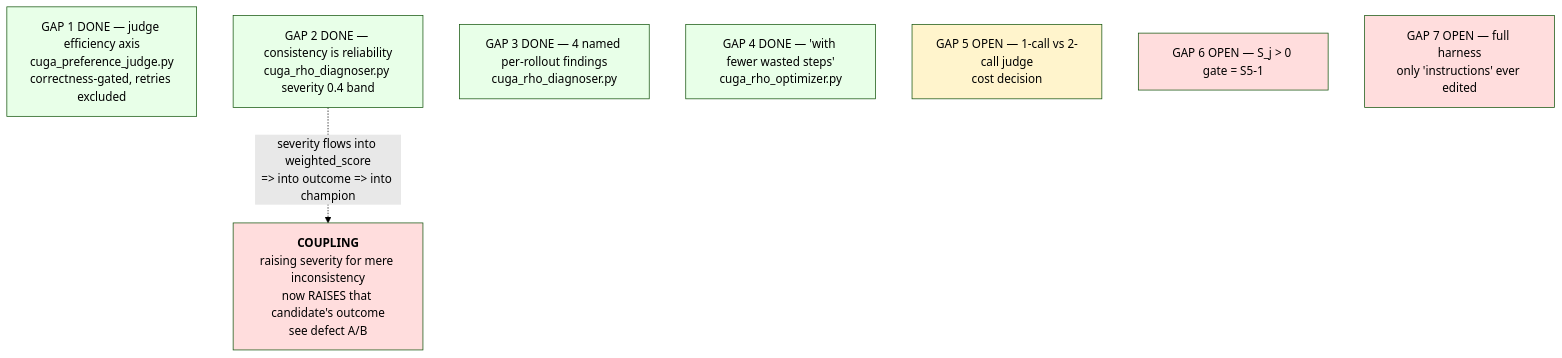
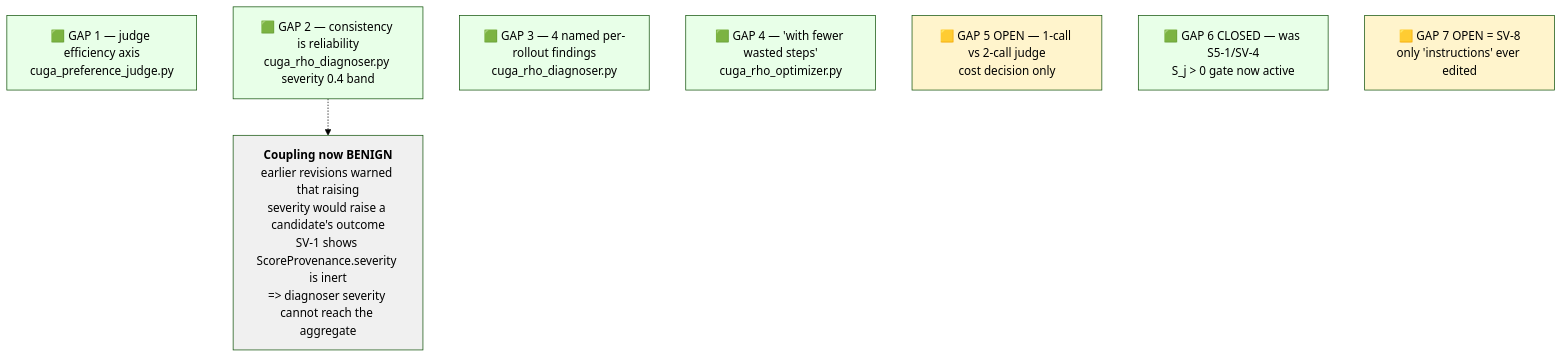
One commit to one-little-step/AgentEvolve changed the eighth of 10 diagrams in docs/architecture/IMPLEMENTED-PIPELINE-MAP.md. Above: the diagram before and after it, drawn with Mermaid (forest theme). The commit also changed other lines of this file and 29 other files, not shown here.

````diff
--- a/docs/architecture/IMPLEMENTED-PIPELINE-MAP.md
+++ b/docs/architecture/IMPLEMENTED-PIPELINE-MAP.md
@@ -281,21 +368,21 @@
 ```mermaid
 flowchart TB
-    G1["GAP 1 DONE — judge efficiency axis<br/>cuga_preference_judge.py<br/>correctness-gated, retries excluded"]
-    G2["GAP 2 DONE — consistency is reliability<br/>cuga_rho_diagnoser.py severity 0.4 band"]
-    G3["GAP 3 DONE — 4 named per-rollout findings<br/>cuga_rho_diagnoser.py"]
-    G4["GAP 4 DONE — 'with fewer wasted steps'<br/>cuga_rho_optimizer.py"]
-    G5["GAP 5 OPEN — 1-call vs 2-call judge<br/>cost decision"]
-    G6["GAP 6 OPEN — S_j > 0 gate = S5-1"]
-    G7["GAP 7 OPEN — full harness<br/>only 'instructions' ever edited"]
+    G1["🟩 GAP 1 — judge efficiency axis<br/>cuga_preference_judge.py"]
+    G2["🟩 GAP 2 — consistency is reliability<br/>cuga_rho_diagnoser.py severity 0.4 band"]
+    G3["🟩 GAP 3 — 4 named per-rollout findings<br/>cuga_rho_diagnoser.py"]
+    G4["🟩 GAP 4 — 'with fewer wasted steps'<br/>cuga_rho_optimizer.py"]
+    G5["🟨 GAP 5 OPEN — 1-call vs 2-call judge<br/>cost decision only"]
+    G6["🟩 GAP 6 CLOSED — was S5-1/SV-4<br/>S_j > 0 gate now active"]
+    G7["🟨 GAP 7 OPEN = SV-8<br/>only 'instructions' ever edited"]
 
-    G2 -.->|"severity flows into weighted_score<br/>=> into outcome => into champion"| WARN["<b>COUPLING</b><br/>raising severity for mere inconsistency<br/>now RAISES that candidate's outcome<br/>see defect A/B"]
+    G2 -.-> NOTE["<b>Coupling now BENIGN</b><br/>earlier revisions warned that raising<br/>severity would raise a candidate's outcome<br/>SV-1 shows ScoreProvenance.severity is inert<br/>=> diagnoser severity cannot reach the aggregate"]
 
     style G1 fill:#e8ffe8
     style G2 fill:#e8ffe8
     style G3 fill:#e8ffe8
     style G4 fill:#e8ffe8
+    style G6 fill:#e8ffe8
     style G5 fill:#fff4cc
-    style G6 fill:#ffdddd
-    style G7 fill:#ffdddd
-    style WARN fill:#ffdddd
+    style G7 fill:#fff4cc
+    style NOTE fill:#f0f0f0
 ```
````
